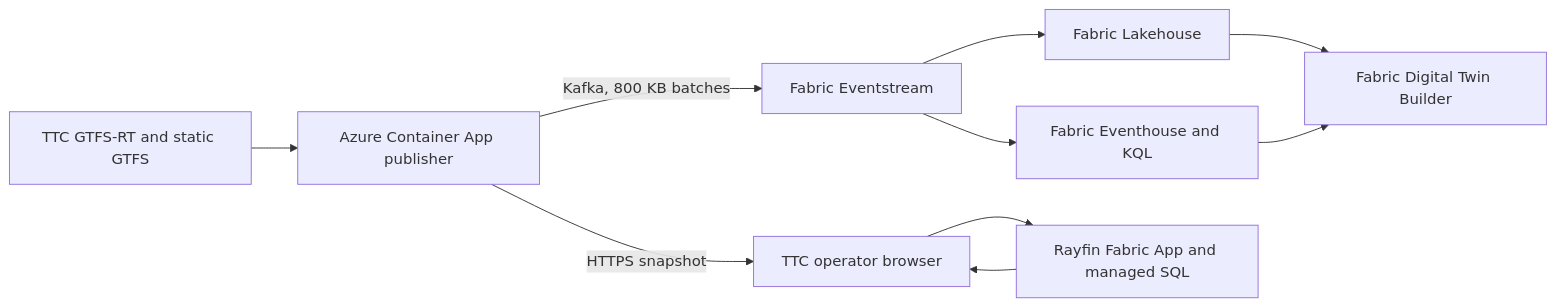
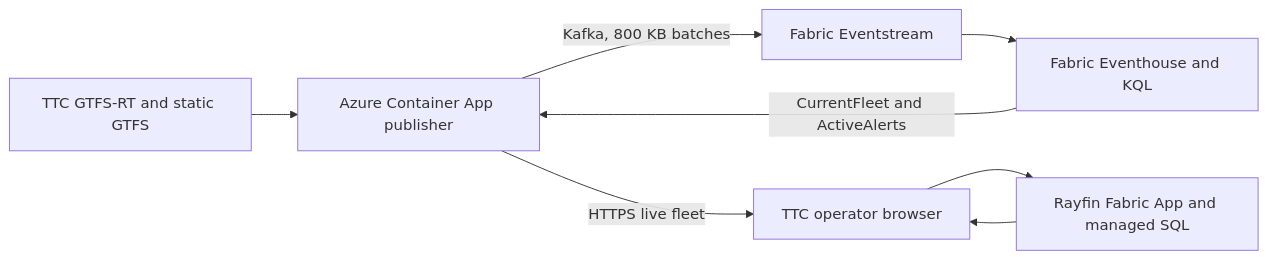
Before and after one commit to alexaca79/ttc-digitaltwin: the diagram in DEPLOYMENT.md, drawn with Mermaid. The commit also changed other lines of this file and 25 other files, not shown here.

First line of the commit message:
refactor(fabric): serve the app from a single Eventhouse store

````diff
--- a/DEPLOYMENT.md
+++ b/DEPLOYMENT.md
@@ -46,21 +53,17 @@
 ```mermaid
 flowchart LR
   TTC["TTC GTFS-RT and static GTFS"]
   Publisher["Azure Container App publisher"]
   Eventstream["Fabric Eventstream"]
   Eventhouse["Fabric Eventhouse and KQL"]
-  Lakehouse["Fabric Lakehouse"]
-  Twin["Fabric Digital Twin Builder"]
   Rayfin["Rayfin Fabric App and managed SQL"]
   Browser["TTC operator browser"]
 
   TTC --> Publisher
   Publisher -->|"Kafka, 800 KB batches"| Eventstream
-  Publisher -->|"HTTPS snapshot"| Browser
   Eventstream --> Eventhouse
-  Eventstream --> Lakehouse
-  Lakehouse --> Twin
-  Eventhouse --> Twin
+  Eventhouse -->|"CurrentFleet and ActiveAlerts"| Publisher
+  Publisher -->|"HTTPS live fleet"| Browser
   Rayfin --> Browser
   Browser --> Rayfin
 ```
````
